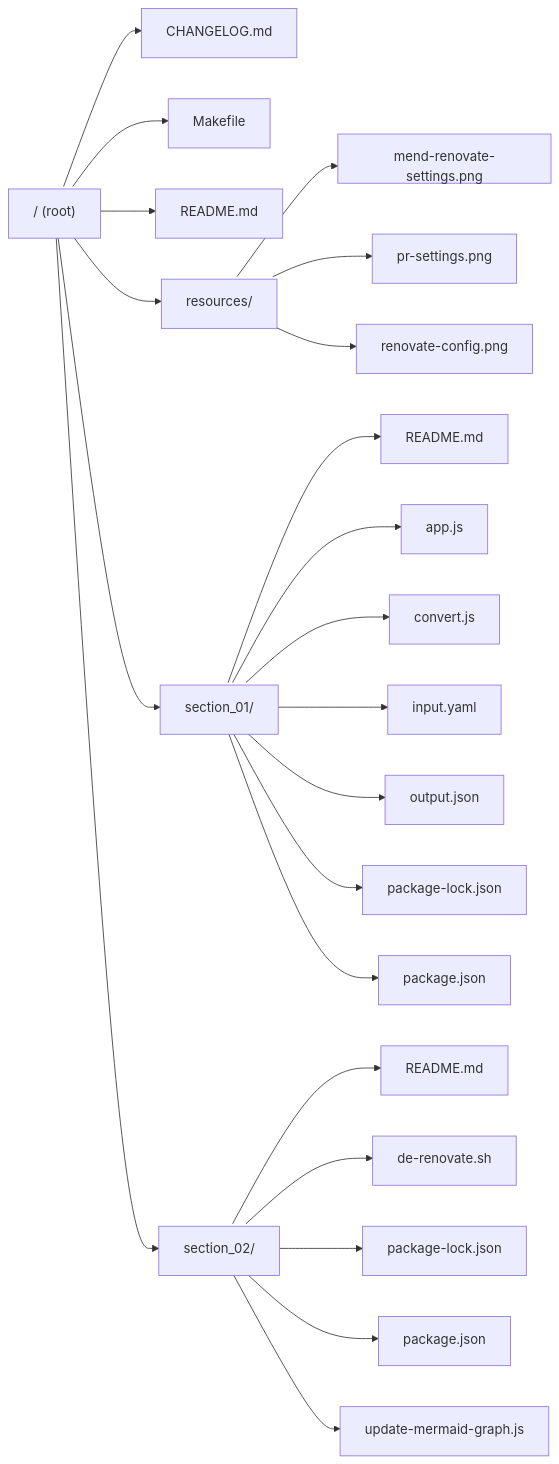
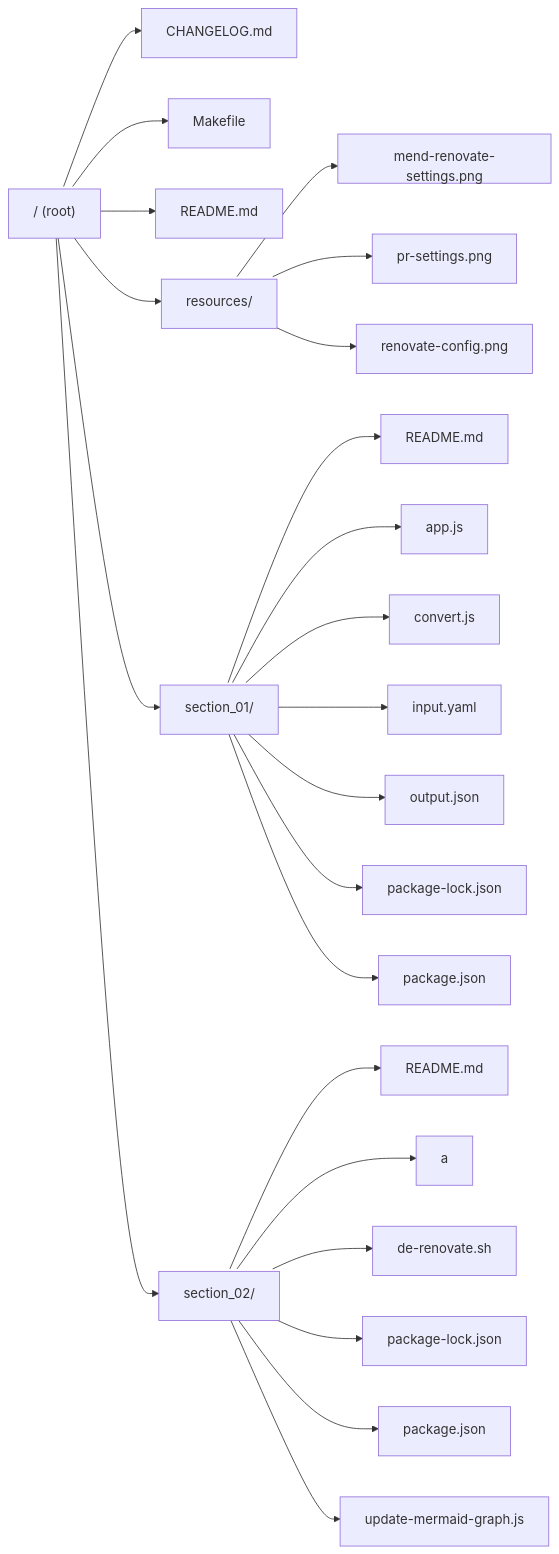
One commit to allenhub-net/The--Complete--Github--Actions--and--Workflows--Guide changed the diagram in README.md. Above: the diagram before and after it, drawn with Mermaid.

Commit message:
chore: update Mermaid graph in README.md

````diff
--- a/README.md
+++ b/README.md
@@ -99,29 +99,30 @@
 ```mermaid
 
 %% Repository Structure
 graph LR;
     %% Double vertical spacing
     classDef doubledSpacing height:60px;
     ROOT["/ (root)"]:::doubledSpacing
     ROOT --> ._CHANGELOGMD["CHANGELOG.md"]:::doubledSpacing
     ROOT --> ._MAKEFILE["Makefile"]:::doubledSpacing
     ROOT --> ._READMEMD["README.md"]:::doubledSpacing
     ROOT --> ._RESOURCES["resources/"]:::doubledSpacing
     ._RESOURCES --> .RESOURCES_MENDRENOVATESETTINGSPNG["mend-renovate-settings.png"]:::doubledSpacing
     ._RESOURCES --> .RESOURCES_PRSETTINGSPNG["pr-settings.png"]:::doubledSpacing
     ._RESOURCES --> .RESOURCES_RENOVATECONFIGPNG["renovate-config.png"]:::doubledSpacing
     ROOT --> ._SECTION_01["section_01/"]:::doubledSpacing
     ._SECTION_01 --> .SECTION_01_READMEMD["README.md"]:::doubledSpacing
     ._SECTION_01 --> .SECTION_01_APPJS["app.js"]:::doubledSpacing
     ._SECTION_01 --> .SECTION_01_CONVERTJS["convert.js"]:::doubledSpacing
     ._SECTION_01 --> .SECTION_01_INPUTYAML["input.yaml"]:::doubledSpacing
     ._SECTION_01 --> .SECTION_01_OUTPUTJSON["output.json"]:::doubledSpacing
     ._SECTION_01 --> .SECTION_01_PACKAGELOCKJSON["package-lock.json"]:::doubledSpacing
     ._SECTION_01 --> .SECTION_01_PACKAGEJSON["package.json"]:::doubledSpacing
     ROOT --> ._SECTION_02["section_02/"]:::doubledSpacing
     ._SECTION_02 --> .SECTION_02_READMEMD["README.md"]:::doubledSpacing
+    ._SECTION_02 --> .SECTION_02_A["a"]:::doubledSpacing
     ._SECTION_02 --> .SECTION_02_DERENOVATESH["de-renovate.sh"]:::doubledSpacing
     ._SECTION_02 --> .SECTION_02_PACKAGELOCKJSON["package-lock.json"]:::doubledSpacing
     ._SECTION_02 --> .SECTION_02_PACKAGEJSON["package.json"]:::doubledSpacing
     ._SECTION_02 --> .SECTION_02_UPDATEMERMAIDGRAPHJS["update-mermaid-graph.js"]:::doubledSpacing
 ```
````
